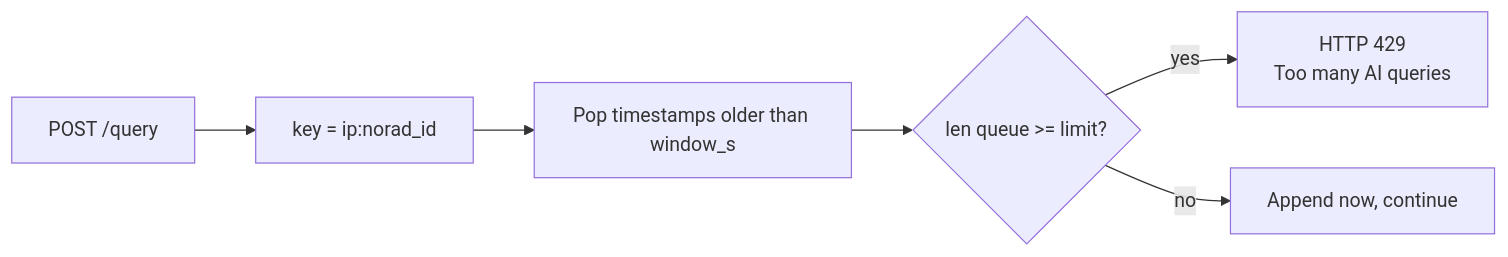
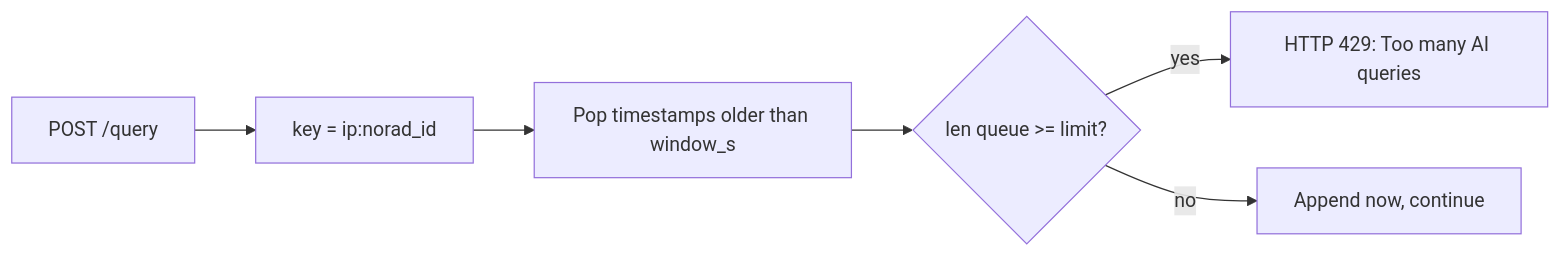
Before and after one commit to yoohooshantanu/Downlink: the ninth of 9 diagrams in README.md, drawn with Mermaid. The commit also changed other lines of this file, not shown here.

Commit message:
docs: use purely standard mermaid syntax to fix VS Code / Markdown preview compatibility

````diff
--- a/README.md
+++ b/README.md
@@ -529,8 +532,8 @@
 ```mermaid
 flowchart LR
     REQ["POST /query"] --> KEY["key = ip:norad_id"]
     KEY --> CLEAN["Pop timestamps older than window_s"]
     CLEAN --> CHECK{"len queue >= limit?"}
-    CHECK -->|yes| R429["HTTP 429<br/>Too many AI queries"]
+    CHECK -->|yes| R429["HTTP 429: Too many AI queries"]
     CHECK -->|no| PUSH["Append now, continue"]
 ```
````
